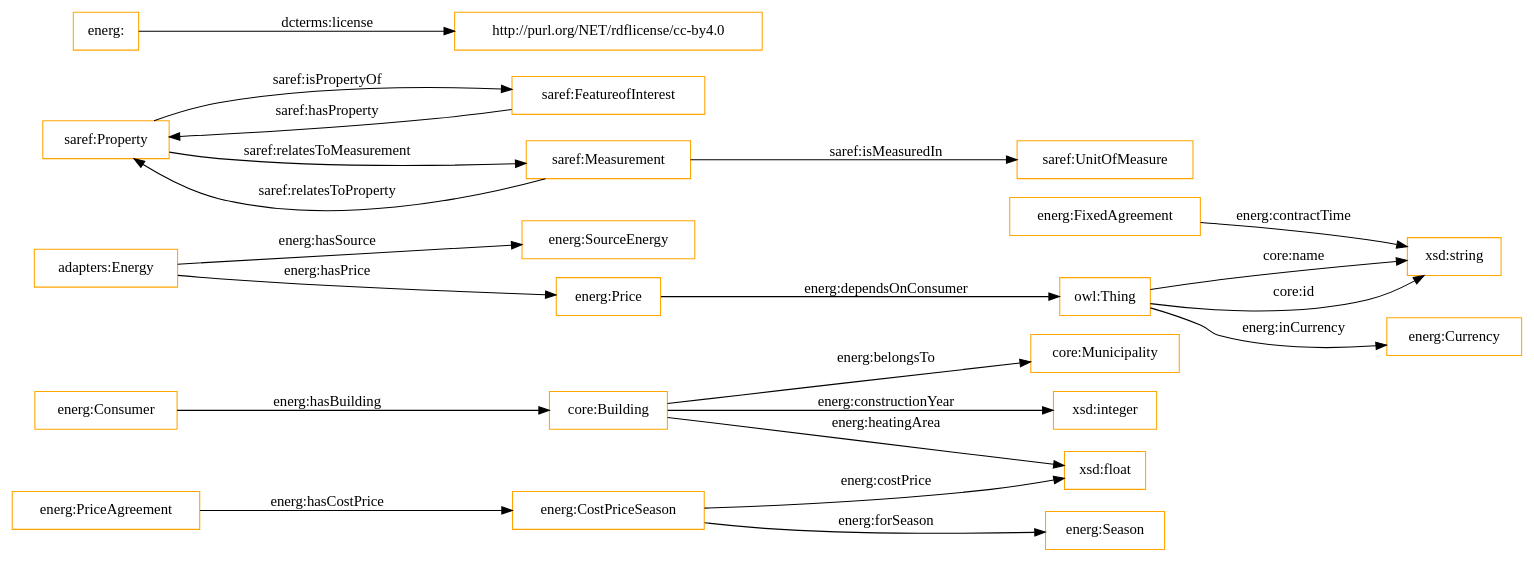
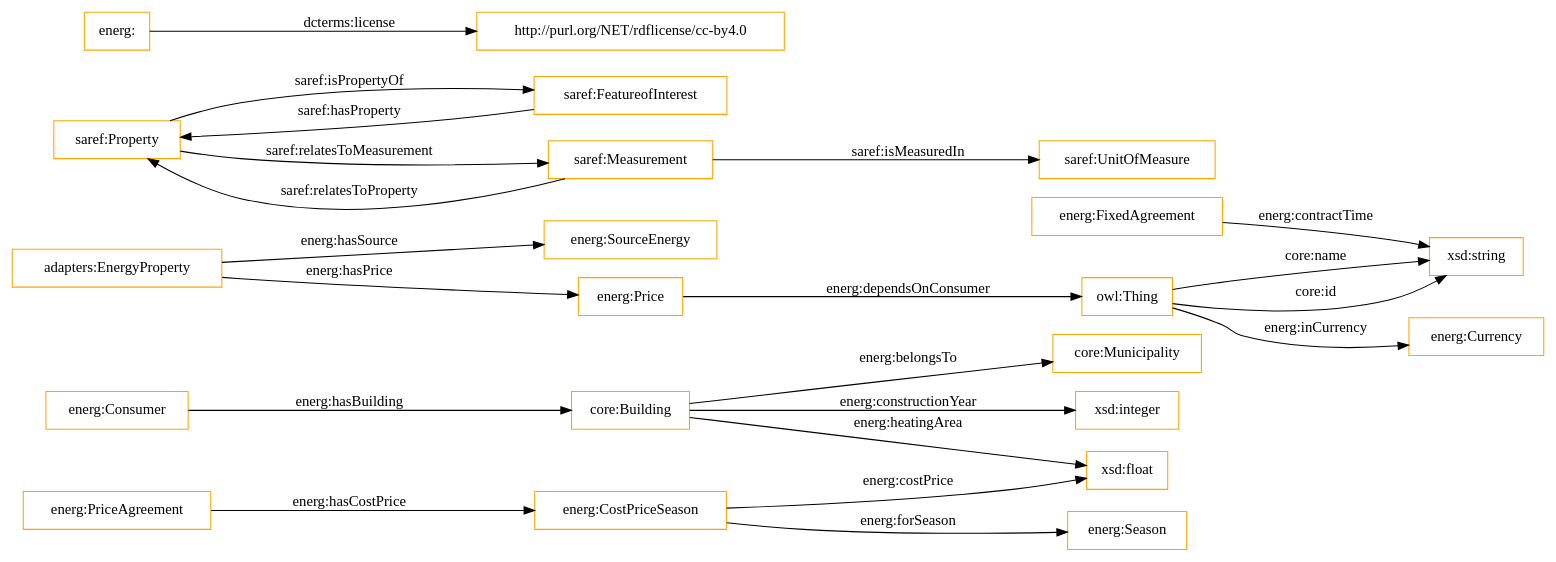
The diagram in OnToology/ontology/energy.ttl/diagrams/ar2dtool-class/energy.ttl.png.dot (oeg-upm/auroral-energy-ontology), drawn with Graphviz before and after one commit. The commit also changed 12 other files, not shown here.

```diff
--- a/OnToology/ontology/energy.ttl/diagrams/ar2dtool-class/energy.ttl.png.dot
+++ b/OnToology/ontology/energy.ttl/diagrams/ar2dtool-class/energy.ttl.png.dot
@@ -1,26 +1,26 @@
 digraph ar2dtool_diagram { 
 rankdir=LR;
 size="1501"
-node [shape = rectangle, color="orange"]; "energ:CostPriceSeason" "energ:FixedAgreement" "energ:PriceAgreement" "saref:Property" "energ:SourceEnergy" "energ:Price" "core:Building" "core:Municipality" "energ:Season" "saref:UnitOfMeasure" "energ:Currency" "saref:FeatureofInterest" "energ:Consumer" "saref:Measurement" "adapters:Energy" ; /*classes style*/
+node [shape = rectangle, color="orange"]; "energ:CostPriceSeason" "energ:FixedAgreement" "energ:PriceAgreement" "saref:Property" "energ:SourceEnergy" "energ:Price" "adapters:EnergyProperty" "core:Building" "core:Municipality" "energ:Season" "saref:UnitOfMeasure" "energ:Currency" "saref:FeatureofInterest" "energ:Consumer" "saref:Measurement" ; /*classes style*/
 	"energ:" -> "http://purl.org/NET/rdflicense/cc-by4.0" [ label = "dcterms:license" ];
 	"energ:FixedAgreement" -> "xsd:string" [ label = "energ:contractTime" ];
 	"energ:CostPriceSeason" -> "energ:Season" [ label = "energ:forSeason" ];
 	"core:Building" -> "xsd:integer" [ label = "energ:constructionYear" ];
 	"core:Building" -> "core:Municipality" [ label = "energ:belongsTo" ];
 	"core:Building" -> "xsd:float" [ label = "energ:heatingArea" ];
 	"energ:Price" -> "owl:Thing" [ label = "energ:dependsOnConsumer" ];
 	"saref:Measurement" -> "saref:Property" [ label = "saref:relatesToProperty" ];
 	"saref:FeatureofInterest" -> "saref:Property" [ label = "saref:hasProperty" ];
 	"owl:Thing" -> "xsd:string" [ label = "core:name" ];
-	"adapters:Energy" -> "energ:Price" [ label = "energ:hasPrice" ];
+	"adapters:EnergyProperty" -> "energ:Price" [ label = "energ:hasPrice" ];
 	"saref:Measurement" -> "saref:UnitOfMeasure" [ label = "saref:isMeasuredIn" ];
 	"owl:Thing" -> "energ:Currency" [ label = "energ:inCurrency" ];
 	"energ:CostPriceSeason" -> "xsd:float" [ label = "energ:costPrice" ];
 	"energ:PriceAgreement" -> "energ:CostPriceSeason" [ label = "energ:hasCostPrice" ];
 	"energ:Consumer" -> "core:Building" [ label = "energ:hasBuilding" ];
 	"saref:Property" -> "saref:Measurement" [ label = "saref:relatesToMeasurement" ];
-	"adapters:Energy" -> "energ:SourceEnergy" [ label = "energ:hasSource" ];
+	"adapters:EnergyProperty" -> "energ:SourceEnergy" [ label = "energ:hasSource" ];
 	"saref:Property" -> "saref:FeatureofInterest" [ label = "saref:isPropertyOf" ];
 	"owl:Thing" -> "xsd:string" [ label = "core:id" ];
 
 }
```
